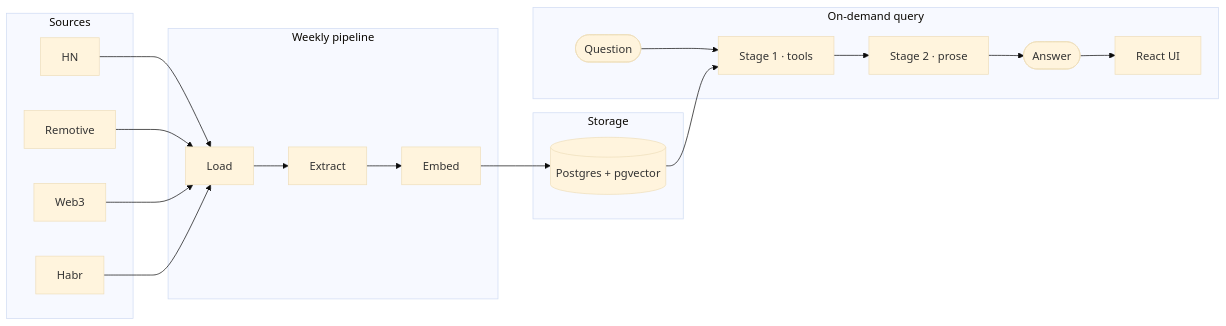
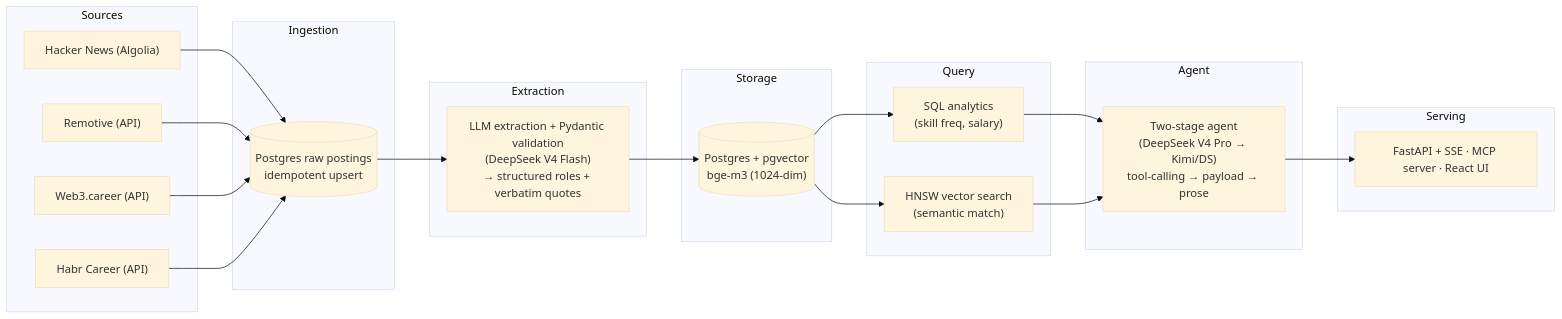
Before and after one commit to IvanWend/techanizer: the diagram in README.md, drawn with Mermaid (base theme). The commit also changed other lines of this file and 1 other file, not shown here.

````diff
--- a/README.md
+++ b/README.md
@@ -63,18 +25,35 @@
 ```mermaid
 flowchart LR
     subgraph SRC["Sources"]
-        hn[HN] & rem[Remotive] & w3[Web3] & hab[Habr]
+        hn["Hacker News (Algolia)"]
+        rem["Remotive (API)"]
+        w3["Web3.career (API)"]
+        hab["Habr Career (API)"]
     end
-    subgraph PIPE["Weekly pipeline"]
-        load[Load] --> ext[Extract] --> emb[Embed]
+    subgraph INGEST["Ingestion"]
+        raw[("Postgres raw postings<br/>idempotent upsert")]
+    end
+    subgraph EXTRACT["Extraction"]
+        ext["LLM extraction + Pydantic validation<br/>(DeepSeek V4 Flash)<br/>→ structured roles + verbatim quotes"]
     end
     subgraph STORE["Storage"]
-        db[(Postgres + pgvector)]
+        db[("Postgres + pgvector<br/>bge-m3 (1024-dim)")]
     end
-    subgraph APP["On-demand query"]
-        q([Question]) --> s1[Stage 1 · tools] --> s2[Stage 2 · prose] --> a([Answer]) --> ui[React UI]
+    subgraph QUERY["Query"]
+        sql["SQL analytics<br/>(skill freq, salary)"]
+        vec["HNSW vector search<br/>(semantic match)"]
     end
-    hn & rem & w3 & hab --> load
-    emb --> db
-    db --> s1
+    subgraph AGENT["Agent"]
+        agent["Two-stage agent<br/>(DeepSeek V4 Pro → Kimi/DS)<br/>tool-calling → payload → prose"]
+    end
+    subgraph SERVE["Serving"]
+        ui["FastAPI + SSE · MCP server · React UI"]
+    end
+
+    hn & rem & w3 & hab --> raw
+    raw --> ext
+    ext --> db
+    db --> sql & vec
+    sql & vec --> agent
+    agent --> ui
 ```
````
